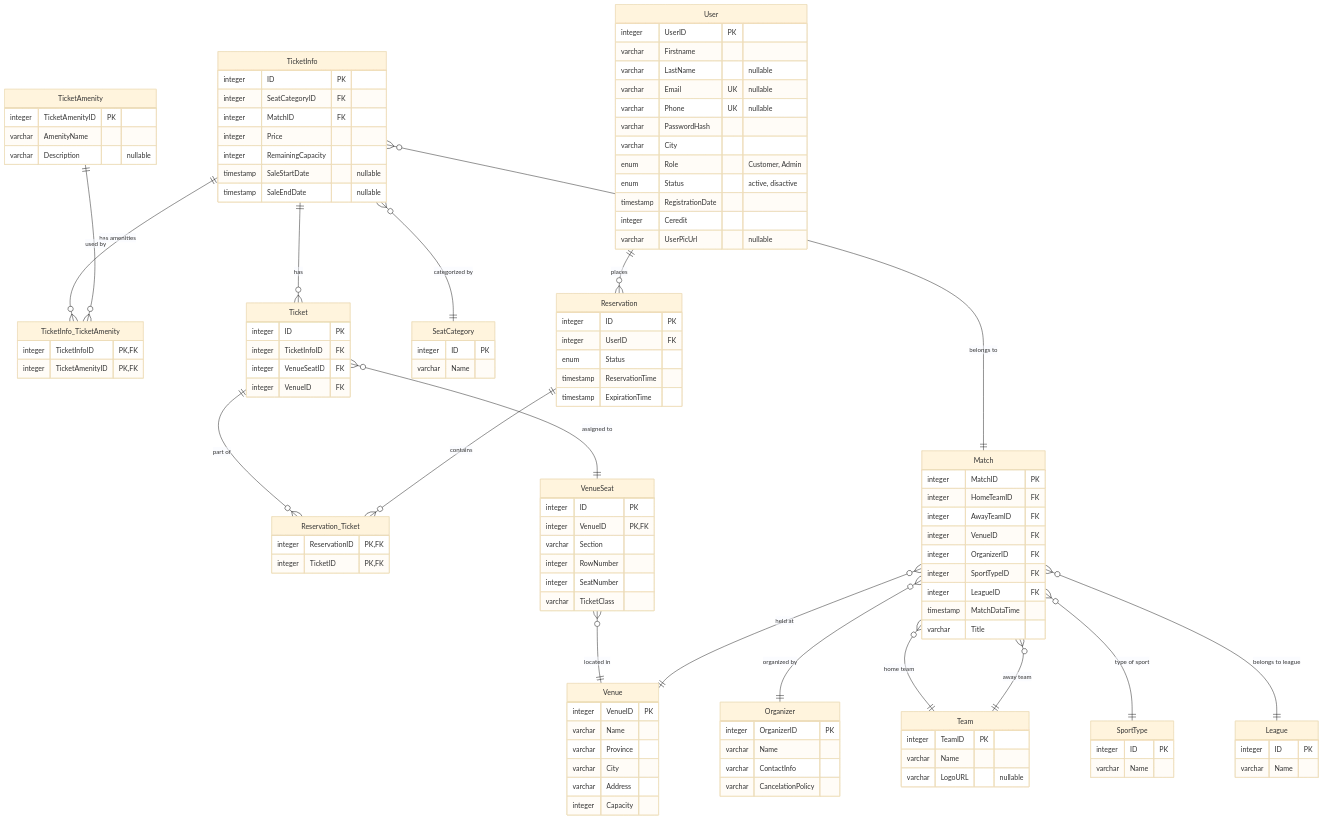
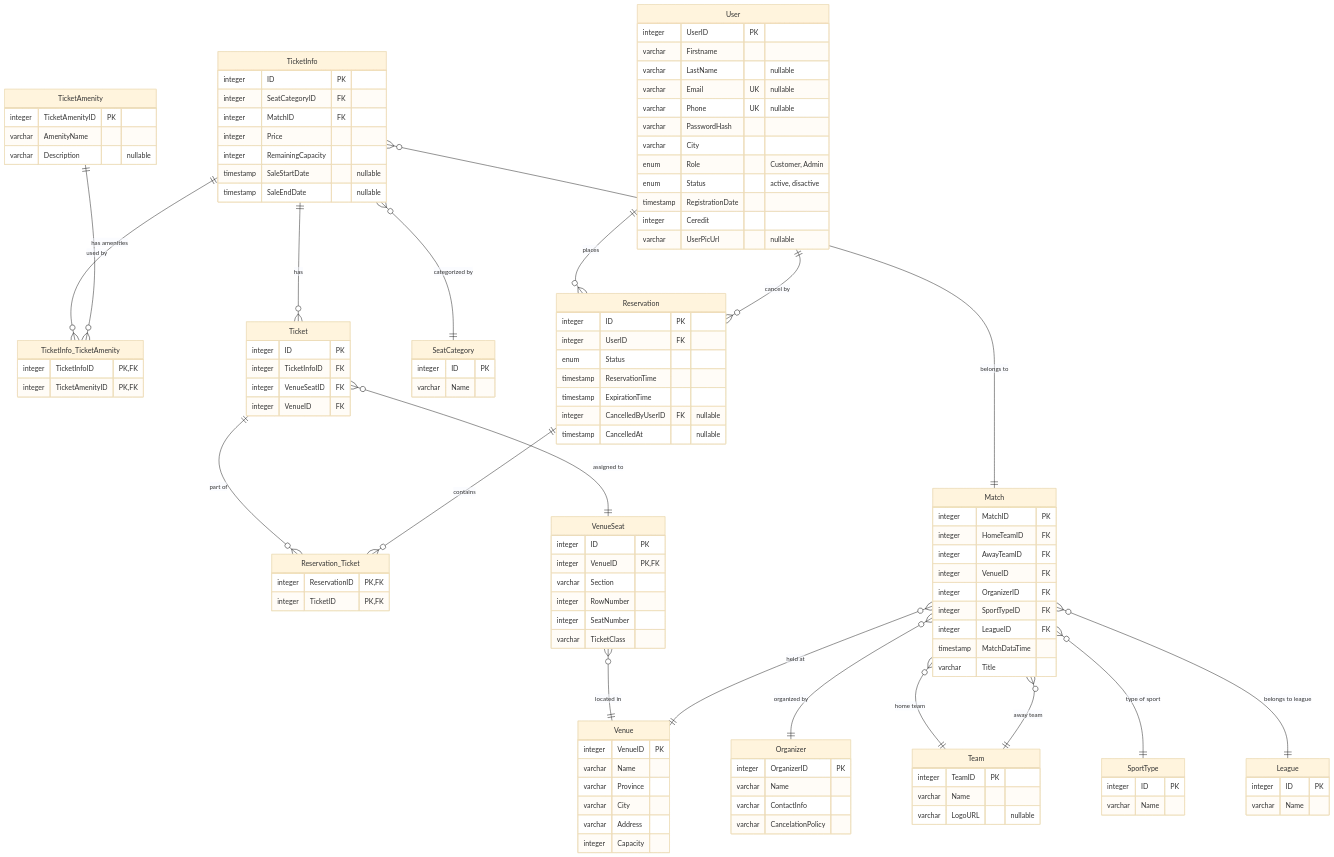
One commit to smhhd/BookTheGame changed the diagram in sql.mmd. Above: the diagram before and after it, drawn with Mermaid (base theme).

Commit message:
Refined Reservation table for handling cancelation on a reserve

```diff
--- a/sql.mmd
+++ b/sql.mmd
@@ -1,131 +1,134 @@
 erDiagram
     User {
         integer UserID PK
         varchar Firstname
         varchar LastName "nullable"
         varchar Email UK "nullable"
         varchar Phone UK "nullable"
         varchar PasswordHash
         varchar City
         enum Role "Customer, Admin"
         enum Status "active, disactive"
         timestamp RegistrationDate
         integer Ceredit
         varchar UserPicUrl "nullable"
     }
 
     TicketInfo {
         integer ID PK
         integer SeatCategoryID FK
         integer MatchID FK
         integer Price
         integer RemainingCapacity
         timestamp SaleStartDate "nullable"
         timestamp SaleEndDate "nullable"
     }
 
     TicketAmenity {
         integer TicketAmenityID PK
         varchar AmenityName
         varchar Description "nullable"
     }
 
     TicketInfo_TicketAmenity {
         integer TicketInfoID PK,FK
         integer TicketAmenityID PK,FK
     }
 
     Ticket {
         integer ID PK
         integer TicketInfoID FK
         integer VenueSeatID FK
         integer VenueID FK
     }
 
     SeatCategory {
         integer ID PK
         varchar Name
     }
 
     Reservation {
         integer ID PK
         integer UserID FK
         enum Status
         timestamp ReservationTime
         timestamp ExpirationTime
+        integer CancelledByUserID FK "nullable"
+        timestamp CancelledAt "nullable"
     }
 
     Reservation_Ticket {
         integer ReservationID PK,FK
         integer TicketID PK,FK
     }
 
     Match {
         integer MatchID PK
         integer HomeTeamID FK
         integer AwayTeamID FK
         integer VenueID FK
         integer OrganizerID FK
         integer SportTypeID FK
         integer LeagueID FK
         timestamp MatchDataTime
         varchar Title
     }
     Venue {
         integer VenueID PK
         varchar Name
         varchar Province
         varchar City
         varchar Address
         integer Capacity
     }
     Organizer {
         integer OrganizerID PK
         varchar Name
         varchar ContactInfo
         varchar CancelationPolicy
     }
     Team {
         integer TeamID PK
         varchar Name
         varchar LogoURL "nullable"
     }
     SportType {
         integer ID PK
         varchar Name
     }
     League {
         integer ID PK
         varchar Name
     }
     VenueSeat {
         integer ID PK
         integer VenueID PK,FK
         varchar Section
         integer RowNumber
         integer SeatNumber
         varchar TicketClass
     }
 
     %% Relationships
     TicketInfo }o--|| Match : "belongs to"
     TicketInfo }o--|| SeatCategory : "categorized by"
     TicketInfo ||--o{ Ticket : "has"
     TicketInfo ||--o{ TicketInfo_TicketAmenity : "has amenities"
     TicketAmenity ||--o{ TicketInfo_TicketAmenity : "used by"
 
     Ticket }o--|| VenueSeat : "assigned to"
     Ticket ||--o{ Reservation_Ticket : "part of"
 
     Reservation ||--o{ Reservation_Ticket : "contains"
+    Reservation }o--|| User : "cancel by"
 
     VenueSeat }o--|| Venue : "located in"
 
     Match }o--|| Venue : "held at"
     Match }o--|| Organizer : "organized by"
     Match }o--|| Team : "home team"
     Match }o--|| Team : "away team"
     Match }o--|| SportType : "type of sport"
     Match }o--|| League : "belongs to league"
 
     User ||--o{ Reservation : "places"
```
